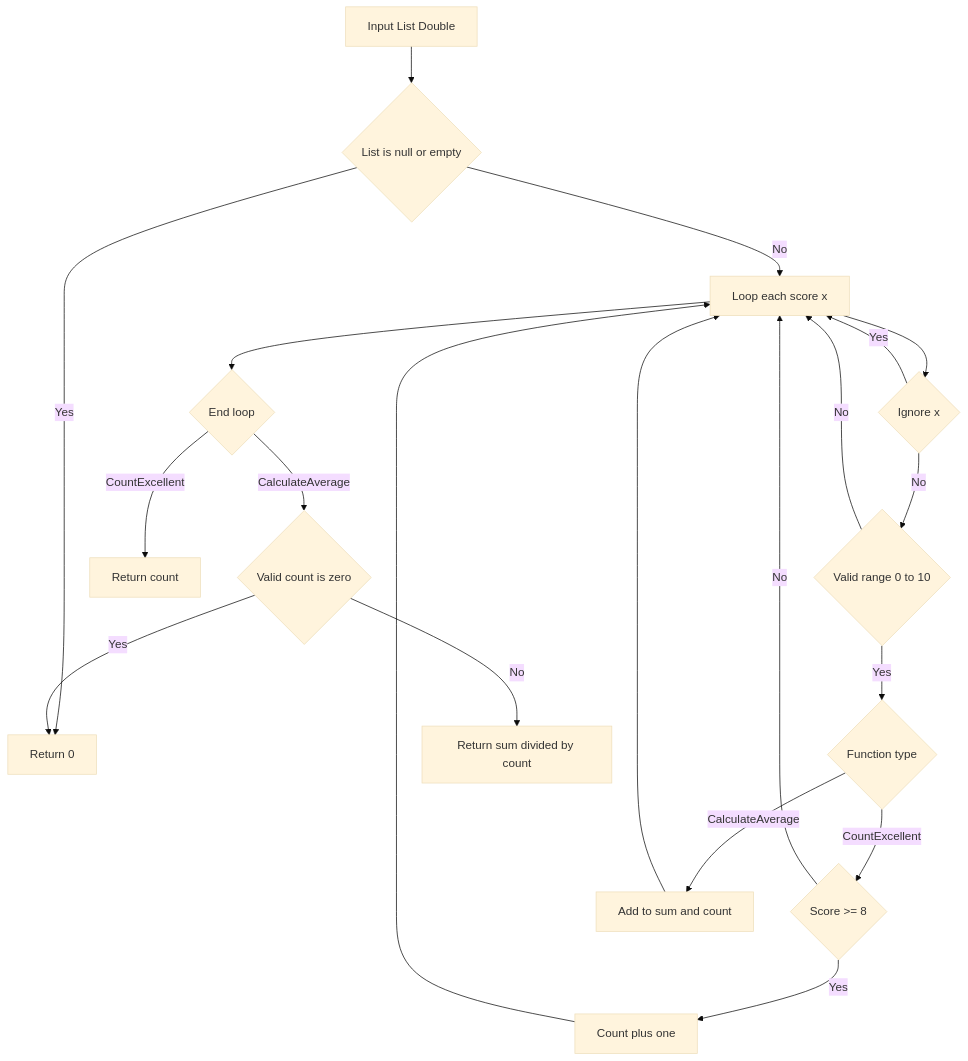
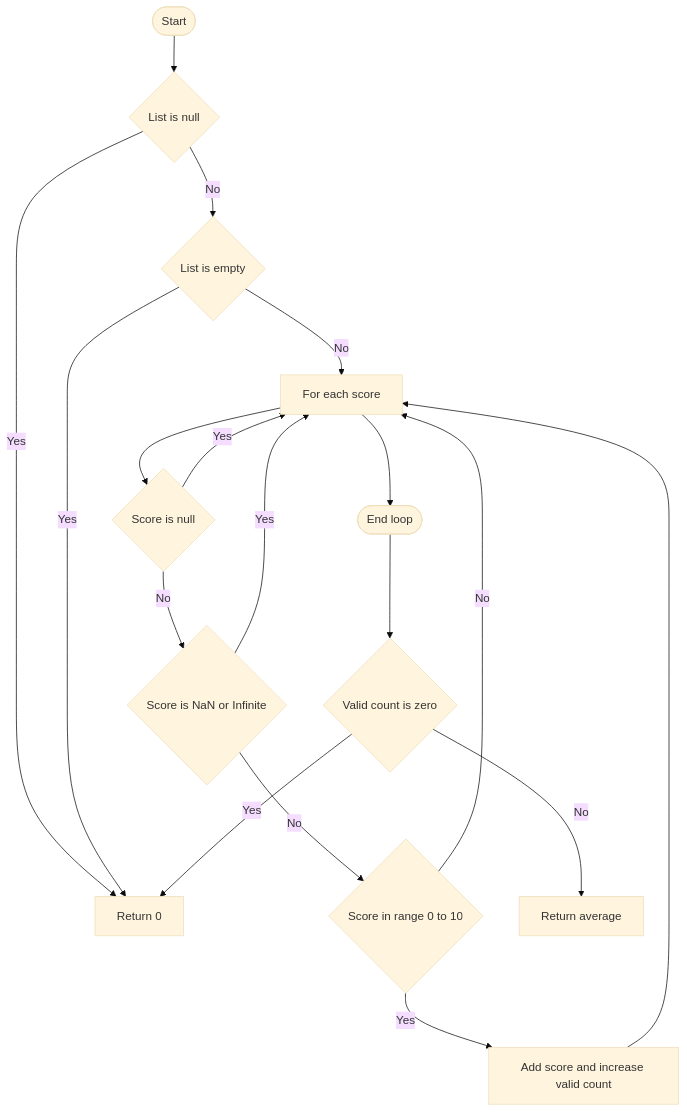
Before and after one commit to VietDuc005/KTPM: the second of 2 diagrams in README.md, drawn with Mermaid (base theme). The commit also changed other lines of this file, not shown here.

Commit message:
#4 cập nhật kiểm thử hộp trắng

````diff
--- a/README.md
+++ b/README.md
@@ -62,27 +90,26 @@
 ```mermaid
 flowchart TD
-    A[Input List Double] --> B{List is null or empty}
-    B -- Yes --> R0[Return 0]
-    B -- No --> C[Loop each score x]
+    S([Start]) --> N1{List is null}
+    N1 -- Yes --> R0[Return 0]
 
-    C --> D{Ignore x}
-    D -- Yes --> C
-    D -- No --> E{Valid range 0 to 10}
+    N1 -- No --> N2{List is empty}
+    N2 -- Yes --> R0
+    N2 -- No --> L[For each score]
 
-    E -- No --> C
-    E -- Yes --> F{Function type}
+    L --> C1{Score is null}
+    C1 -- Yes --> L
 
-    F -- CountExcellent --> G{Score >= 8}
-    G -- Yes --> H[Count plus one]
-    G -- No --> C
-    H --> C
+    C1 -- No --> C2{Score is NaN or Infinite}
+    C2 -- Yes --> L
 
-    F -- CalculateAverage --> I[Add to sum and count]
-    I --> C
+    C2 -- No --> C3{Score in range 0 to 10}
+    C3 -- No --> L
 
-    C --> J{End loop}
-    J -- CountExcellent --> K[Return count]
-    J -- CalculateAverage --> L{Valid count is zero}
-    L -- Yes --> R0
-    L -- No --> M[Return sum divided by count]
+    C3 -- Yes --> A[Add score and increase valid count]
+    A --> L
+
+    L --> END([End loop])
+    END --> D{Valid count is zero}
+    D -- Yes --> R0
+    D -- No --> R1[Return average]
 ```
````
